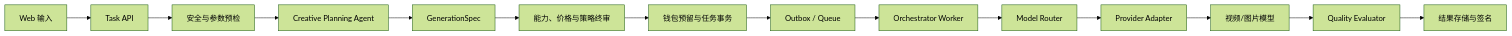
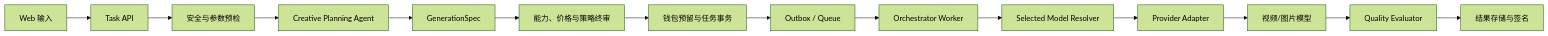
One commit to 674404224-eng/hgm changed the first of 2 diagrams in docs/AGENT_ORCHESTRATION_BACKEND_DESIGN.md. Above: the diagram before and after it, drawn with Mermaid (forest theme). The commit also changed other lines of this file, not shown here.

Commit message:
docs: align agent design with user-selected models

````diff
--- a/docs/AGENT_ORCHESTRATION_BACKEND_DESIGN.md
+++ b/docs/AGENT_ORCHESTRATION_BACKEND_DESIGN.md
@@ -21,16 +21,16 @@
 ```mermaid
 flowchart LR
   U[Web 输入] --> API[Task API]
   API --> PRE[安全与参数预检]
   PRE --> AGENT[Creative Planning Agent]
   AGENT --> SPEC[GenerationSpec]
   SPEC --> POLICY[能力、价格与策略终审]
   POLICY --> WALLET[钱包预留与任务事务]
   WALLET --> OUTBOX[Outbox / Queue]
   OUTBOX --> WORKER[Orchestrator Worker]
-  WORKER --> ROUTER[Model Router]
-  ROUTER --> ADAPTER[Provider Adapter]
+  WORKER --> RESOLVER[Selected Model Resolver]
+  RESOLVER --> ADAPTER[Provider Adapter]
   ADAPTER --> MODEL[视频/图片模型]
   MODEL --> EVAL[Quality Evaluator]
   EVAL --> RESULT[结果存储与签名]
 ```
````
